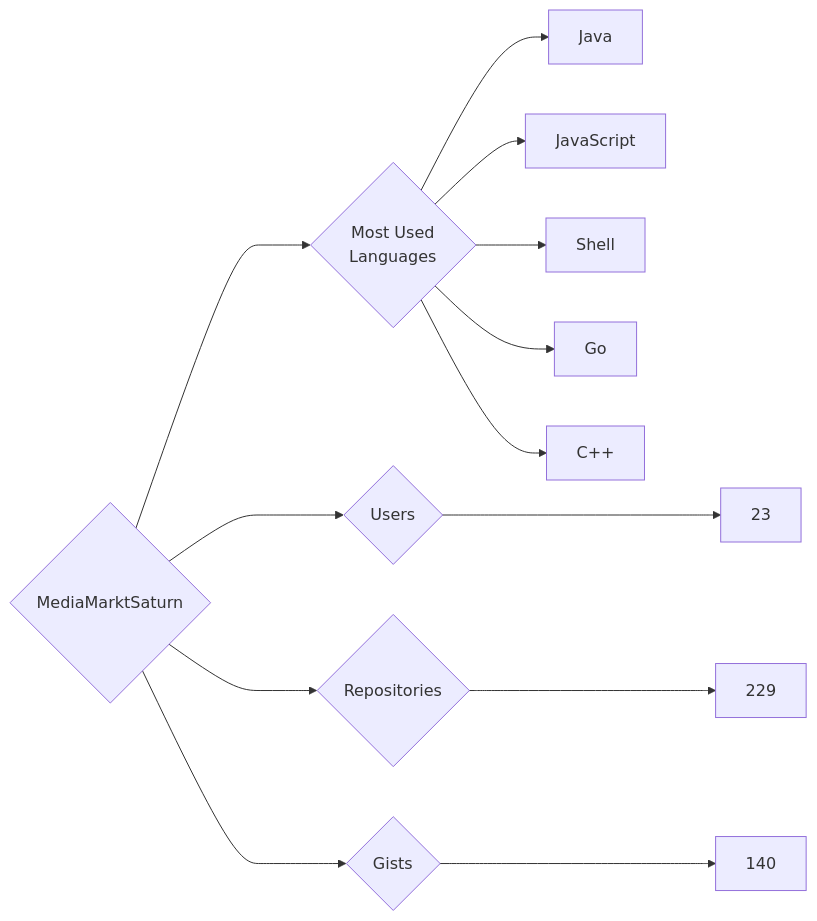
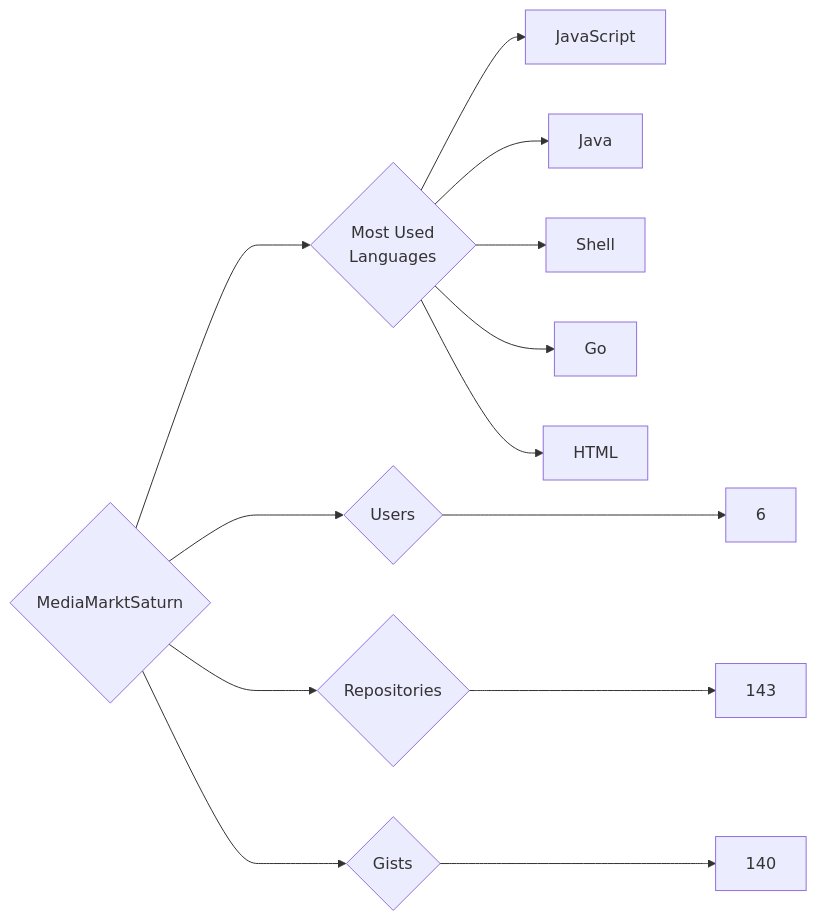
The diagram in targets/MediaMarktSaturn/README.md (trickest/insiders), drawn with Mermaid before and after one commit. The commit also changed 799 other files, not shown here.

````diff
--- a/targets/MediaMarktSaturn/README.md
+++ b/targets/MediaMarktSaturn/README.md
@@ -3,13 +3,13 @@
 ```mermaid
 graph LR
 COMPANY_NAME{MediaMarktSaturn}
-COMPANY_NAME ---> U{Users} ---> UN[23]
-COMPANY_NAME ---> R{Repositories} ---> RN[229]
+COMPANY_NAME ---> U{Users} ---> UN[6]
+COMPANY_NAME ---> R{Repositories} ---> RN[143]
 COMPANY_NAME ---> G{Gists} ---> GN[140]
 COMPANY_NAME ---> ML{Most Used<br>Languages}
+ML --> JavaScript[JavaScript]
 ML --> Java[Java]
-ML --> JavaScript[JavaScript]
 ML --> Shell[Shell]
 ML --> Go[Go]
-ML --> C++[C++]
+ML --> HTML[HTML]
 ```
````
